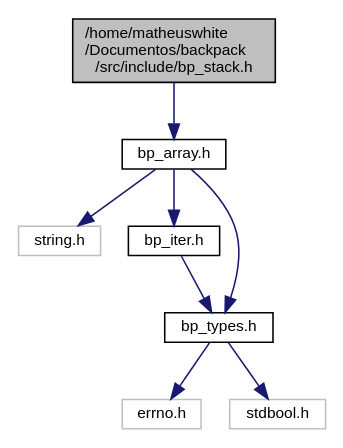
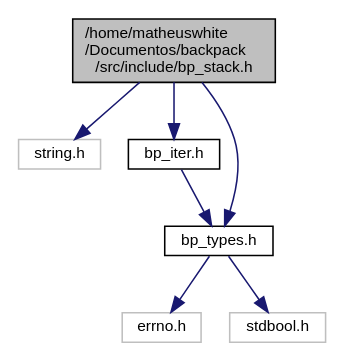
Before and after one commit to matheuswhite/backpack: the diagram in docs/bp__stack_8h__incl.dot, drawn with Graphviz. The commit also changed 46 other files, not shown here.

```diff
--- a/docs/bp__stack_8h__incl.dot
+++ b/docs/bp__stack_8h__incl.dot
@@ -1,20 +1,18 @@
 digraph "/home/matheuswhite/Documentos/backpack/src/include/bp_stack.h"
 {
  // LATEX_PDF_SIZE
   edge [fontname="Helvetica",fontsize="10",labelfontname="Helvetica",labelfontsize="10"];
   node [fontname="Helvetica",fontsize="10",shape=record];
-  Node1 [label="/home/matheuswhite\l/Documentos/backpack\l/src/include/bp_stack.h",height=0.2,width=0.4,color="black", fillcolor="grey75", style="filled", fontcolor="black",tooltip="Specifies the stack structure. This structure is a bp_array complement. To allow the bp_array works a..."];
+  Node1 [label="/home/matheuswhite\l/Documentos/backpack\l/src/include/bp_stack.h",height=0.2,width=0.4,color="black", fillcolor="grey75", style="filled", fontcolor="black",tooltip="Specifies the stack structure. The following module follow the LIFO (Last-In-First-Out) order."];
   Node1 -> Node2 [color="midnightblue",fontsize="10",style="solid",fontname="Helvetica"];
-  Node2 [label="bp_array.h",height=0.2,width=0.4,color="black", fillcolor="white", style="filled",URL="$bp__array_8h.html",tooltip="Specifies the array structure. This structure works as a buffer, where the develop could insert the e..."];
-  Node2 -> Node3 [color="midnightblue",fontsize="10",style="solid",fontname="Helvetica"];
-  Node3 [label="string.h",height=0.2,width=0.4,color="grey75", fillcolor="white", style="filled",tooltip=" "];
-  Node2 -> Node4 [color="midnightblue",fontsize="10",style="solid",fontname="Helvetica"];
-  Node4 [label="bp_iter.h",height=0.2,width=0.4,color="black", fillcolor="white", style="filled",URL="$bp__iter_8h.html",tooltip="Specifies the generic iterator structure. The iterator is a interface with 3 method...."];
+  Node2 [label="string.h",height=0.2,width=0.4,color="grey75", fillcolor="white", style="filled",tooltip=" "];
+  Node1 -> Node3 [color="midnightblue",fontsize="10",style="solid",fontname="Helvetica"];
+  Node3 [label="bp_iter.h",height=0.2,width=0.4,color="black", fillcolor="white", style="filled",URL="$bp__iter_8h.html",tooltip="Specifies the generic iterator structure. The iterator is a interface with 3 method...."];
+  Node3 -> Node4 [color="midnightblue",fontsize="10",style="solid",fontname="Helvetica"];
+  Node4 [label="bp_types.h",height=0.2,width=0.4,color="black", fillcolor="white", style="filled",URL="$bp__types_8h.html",tooltip="Specifies the basic types used in this library."];
   Node4 -> Node5 [color="midnightblue",fontsize="10",style="solid",fontname="Helvetica"];
-  Node5 [label="bp_types.h",height=0.2,width=0.4,color="black", fillcolor="white", style="filled",URL="$bp__types_8h.html",tooltip="Specifies the basic types used in this library."];
-  Node5 -> Node6 [color="midnightblue",fontsize="10",style="solid",fontname="Helvetica"];
-  Node6 [label="errno.h",height=0.2,width=0.4,color="grey75", fillcolor="white", style="filled",tooltip=" "];
-  Node5 -> Node7 [color="midnightblue",fontsize="10",style="solid",fontname="Helvetica"];
-  Node7 [label="stdbool.h",height=0.2,width=0.4,color="grey75", fillcolor="white", style="filled",tooltip=" "];
-  Node2 -> Node5 [color="midnightblue",fontsize="10",style="solid",fontname="Helvetica"];
+  Node5 [label="errno.h",height=0.2,width=0.4,color="grey75", fillcolor="white", style="filled",tooltip=" "];
+  Node4 -> Node6 [color="midnightblue",fontsize="10",style="solid",fontname="Helvetica"];
+  Node6 [label="stdbool.h",height=0.2,width=0.4,color="grey75", fillcolor="white", style="filled",tooltip=" "];
+  Node1 -> Node4 [color="midnightblue",fontsize="10",style="solid",fontname="Helvetica"];
 }
```
